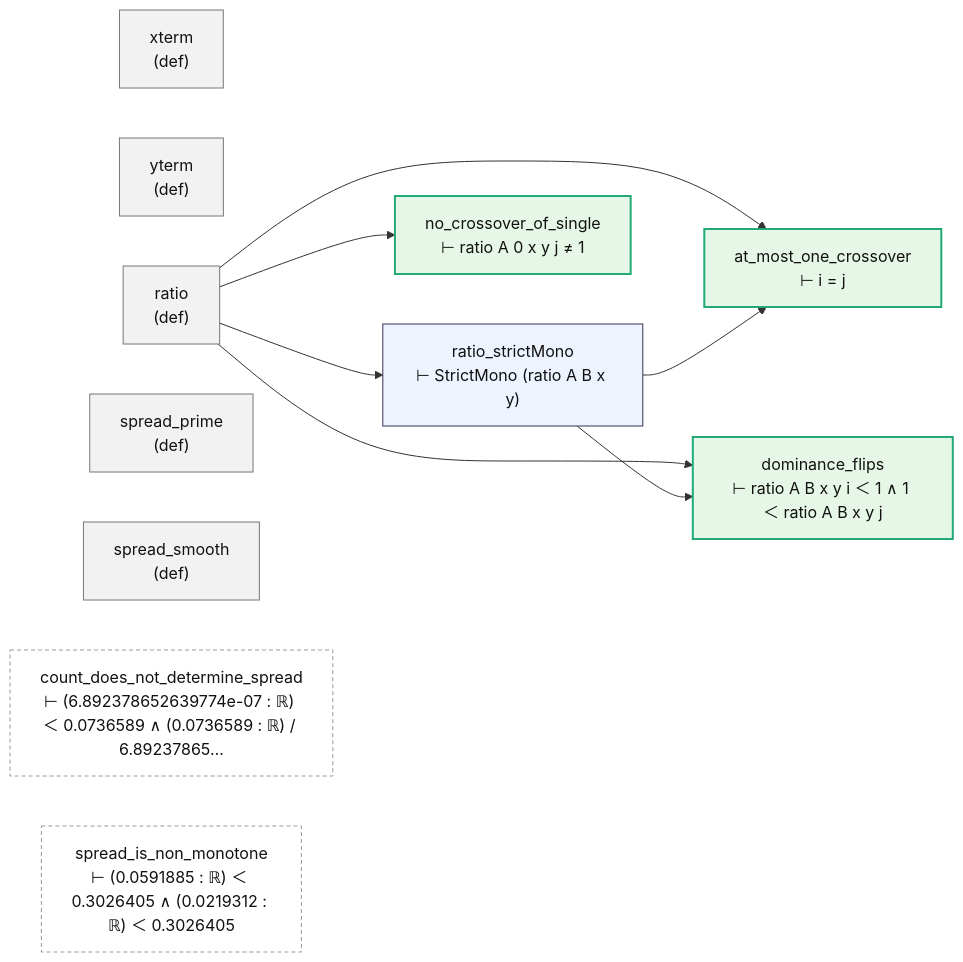
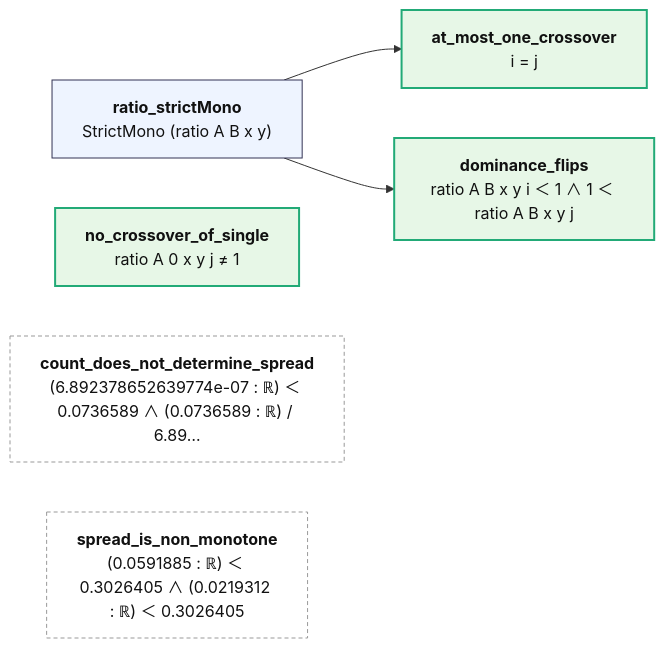
The diagram in map/lean/Crossover.md (juliansambranojr/Primebeat_081426), drawn with Mermaid before and after one commit. The commit also changed other lines of this file and 387 other files, not shown here.

````diff
--- a/map/lean/Crossover.md
+++ b/map/lean/Crossover.md
@@ -8,26 +12,16 @@
 ```mermaid
 flowchart LR
-  n0["xterm<br/>(def)"]:::dfn
-  n1["yterm<br/>(def)"]:::dfn
-  n2["ratio<br/>(def)"]:::dfn
-  n3["ratio_strictMono<br/>⊢ StrictMono (ratio A B x y)"]:::thm
-  n4["at_most_one_crossover<br/>⊢ i = j"]:::end_
-  n5["dominance_flips<br/>⊢ ratio A B x y i ＜ 1 ∧ 1 ＜ ratio A B x y j"]:::end_
-  n6["no_crossover_of_single<br/>⊢ ratio A 0 x y j ≠ 1"]:::end_
-  n7["spread_prime<br/>(def)"]:::dfn
-  n8["spread_smooth<br/>(def)"]:::dfn
-  n9["count_does_not_determine_spread<br/>⊢ (6.892378652639774e-07 : ℝ) ＜ 0.0736589 ∧ (0.0736589 : ℝ) / 6.89237865…"]:::lone
-  n10["spread_is_non_monotone<br/>⊢ (0.0591885 : ℝ) ＜ 0.3026405 ∧ (0.0219312 : ℝ) ＜ 0.3026405"]:::lone
-  n2 --> n3
-  n2 --> n4
-  n2 --> n5
-  n2 --> n6
-  n3 --> n4
-  n3 --> n5
+  n0["<b>ratio_strictMono</b><br/>StrictMono (ratio A B x y)"]:::thm
+  n1["<b>at_most_one_crossover</b><br/>i = j"]:::end_
+  n2["<b>dominance_flips</b><br/>ratio A B x y i ＜ 1 ∧ 1 ＜ ratio A B x y j"]:::end_
+  n3["<b>no_crossover_of_single</b><br/>ratio A 0 x y j ≠ 1"]:::end_
+  n4["<b>count_does_not_determine_spread</b><br/>(6.892378652639774e-07 : ℝ) ＜ 0.0736589 ∧ (0.0736589 : ℝ) / 6.89…"]:::lone
+  n5["<b>spread_is_non_monotone</b><br/>(0.0591885 : ℝ) ＜ 0.3026405 ∧ (0.0219312 : ℝ) ＜ 0.3026405"]:::lone
+  n0 --> n1
+  n0 --> n2
   classDef thm fill:#eef4ff,stroke:#335,color:#111
-  classDef dfn fill:#f2f2f2,stroke:#777,color:#111
   classDef end_ fill:#e7f7e7,stroke:#2a7,color:#111,stroke-width:2px
   classDef lone fill:#fff,stroke:#999,color:#111,stroke-dasharray:4 3
   classDef bad fill:#ffe5e5,stroke:#c22,color:#111,stroke-width:2px
-  classDef ext fill:#fff8e1,stroke:#b80,color:#111,stroke-dasharray:2 2
+  classDef ext fill:#fff8e1,stroke:#b80,color:#111
 ```
````
